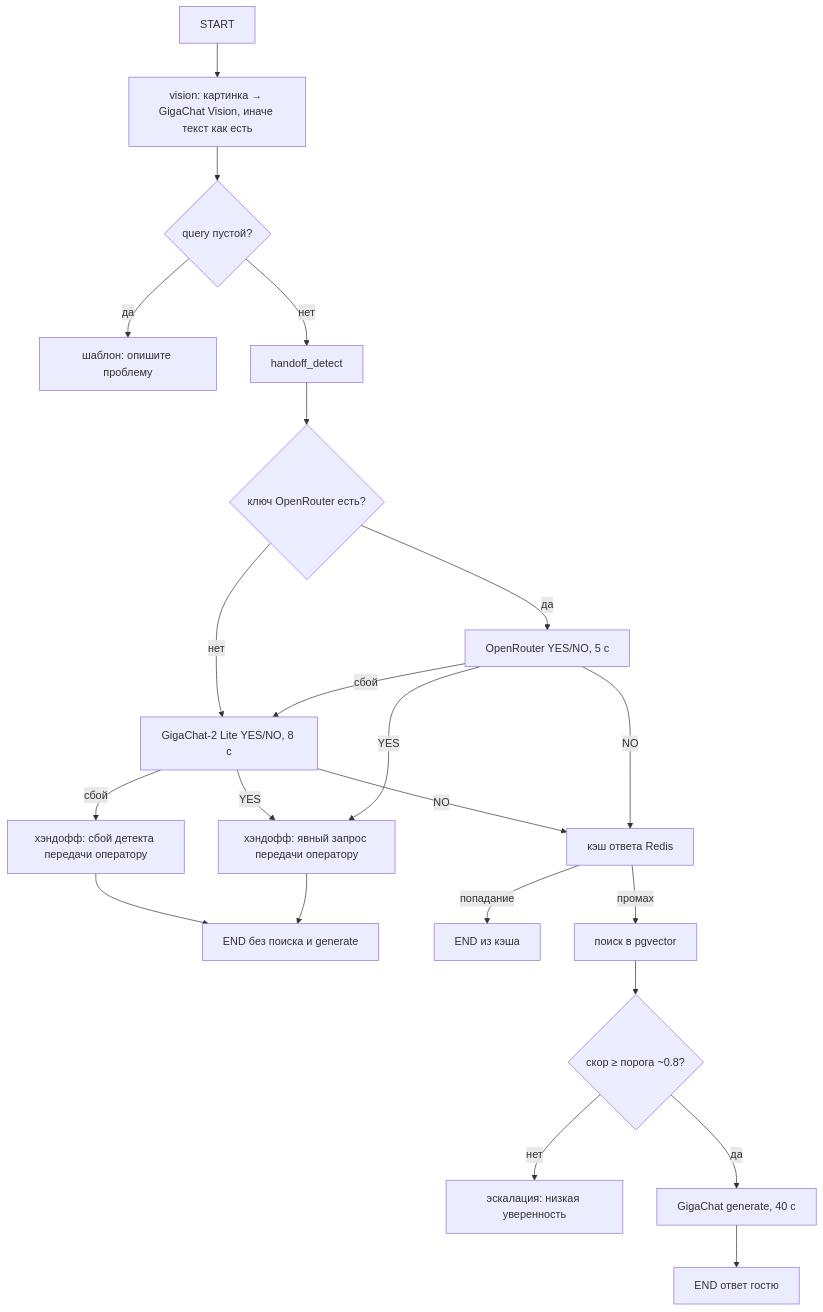
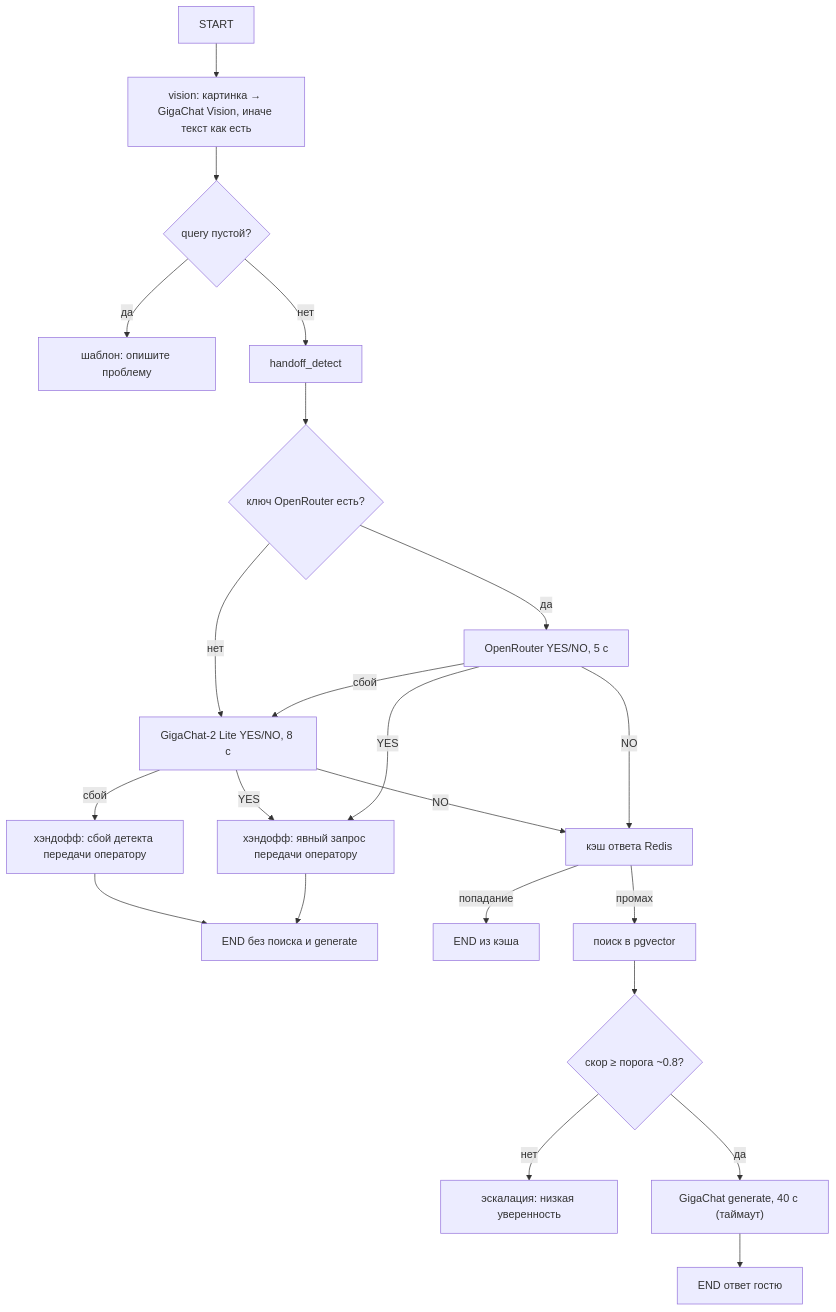
Before and after one commit to Ivansups/Molvest-solution: the second of 2 diagrams in README.md, drawn with Mermaid. The commit also changed other lines of this file and 82 other files, not shown here.

````diff
--- a/README.md
+++ b/README.md
@@ -54,30 +62,30 @@
 ```mermaid
 flowchart TD
   START --> vision
   vision["vision: картинка → GigaChat Vision, иначе текст как есть"]
   vision --> classify
   classify{"query пустой?"}
   classify -->|да| END1["шаблон: опишите проблему"]
   classify -->|нет| HD["handoff_detect"]
 
   HD --> HDQ{"ключ OpenRouter есть?"}
   HDQ -->|да| OR["OpenRouter YES/NO, 5 с"]
   OR -->|YES| ESC["хэндофф: явный запрос передачи оператору"]
   OR -->|NO| CACHE
   OR -->|сбой| GC
   HDQ -->|нет| GC["GigaChat-2 Lite YES/NO, 8 с"]
   GC -->|YES| ESC
   GC -->|NO| CACHE
   GC -->|сбой| FAIL["хэндофф: сбой детекта передачи оператору"]
 
   ESC --> END2["END без поиска и generate"]
   FAIL --> END2
 
   CACHE["кэш ответа Redis"]
   CACHE -->|попадание| END3["END из кэша"]
   CACHE -->|промах| retrieve["поиск в pgvector"]
   retrieve --> TH{"скор ≥ порога ~0.8?"}
   TH -->|нет| END4["эскалация: низкая уверенность"]
-  TH -->|да| generate["GigaChat generate, 40 с"]
+  TH -->|да| generate["GigaChat generate, 40 с (таймаут)"]
   generate --> END5["END ответ гостю"]
 ```
````
